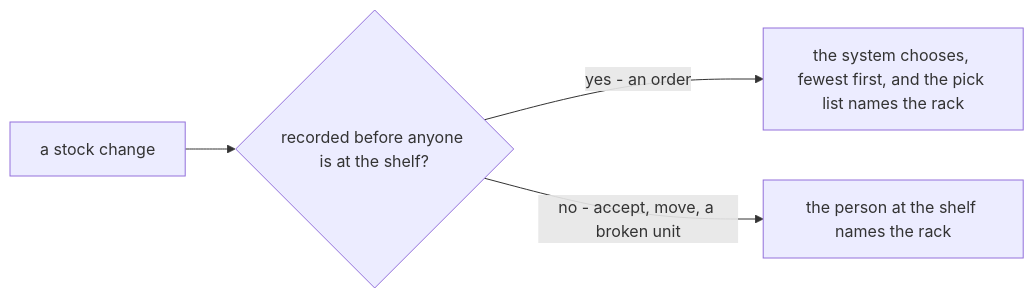
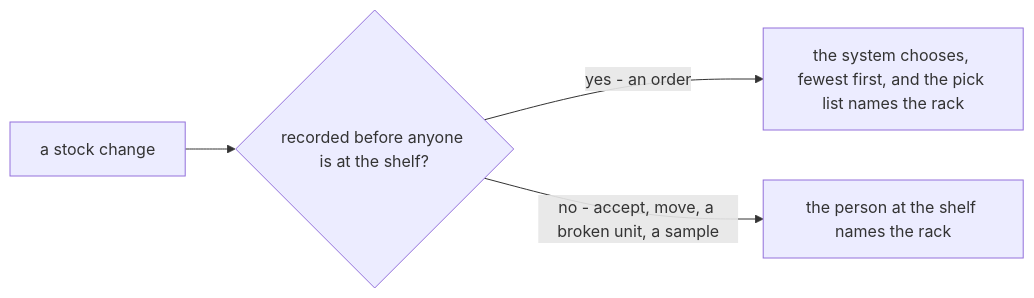
The first of 4 diagrams in docs/business/inventory/placement_clarify.md (pdcgo/warehouse_revamp), drawn with Mermaid before and after one commit. The commit also changed other lines of this file and 5 other files, not shown here.

First line of the commit message:
docs(inventory): placement decided — sample, split lines, the move, the rack's number

````diff
--- a/docs/business/inventory/placement_clarify.md
+++ b/docs/business/inventory/placement_clarify.md
@@ -66,6 +122,6 @@
 ```mermaid
 flowchart LR
   A["a stock change"] --> Q{"recorded before anyone is at the shelf?"}
   Q -->|"yes - an order"| S["the system chooses, fewest first, and the pick list names the rack"]
-  Q -->|"no - accept, move, a broken unit"| P["the person at the shelf names the rack"]
+  Q -->|"no - accept, move, a broken unit, a sample"| P["the person at the shelf names the rack"]
 ```
````
